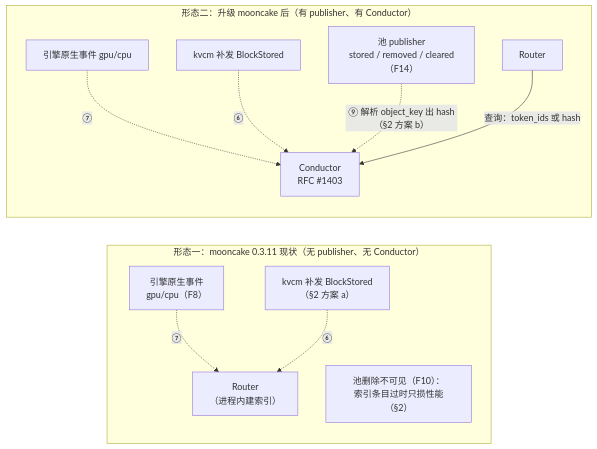
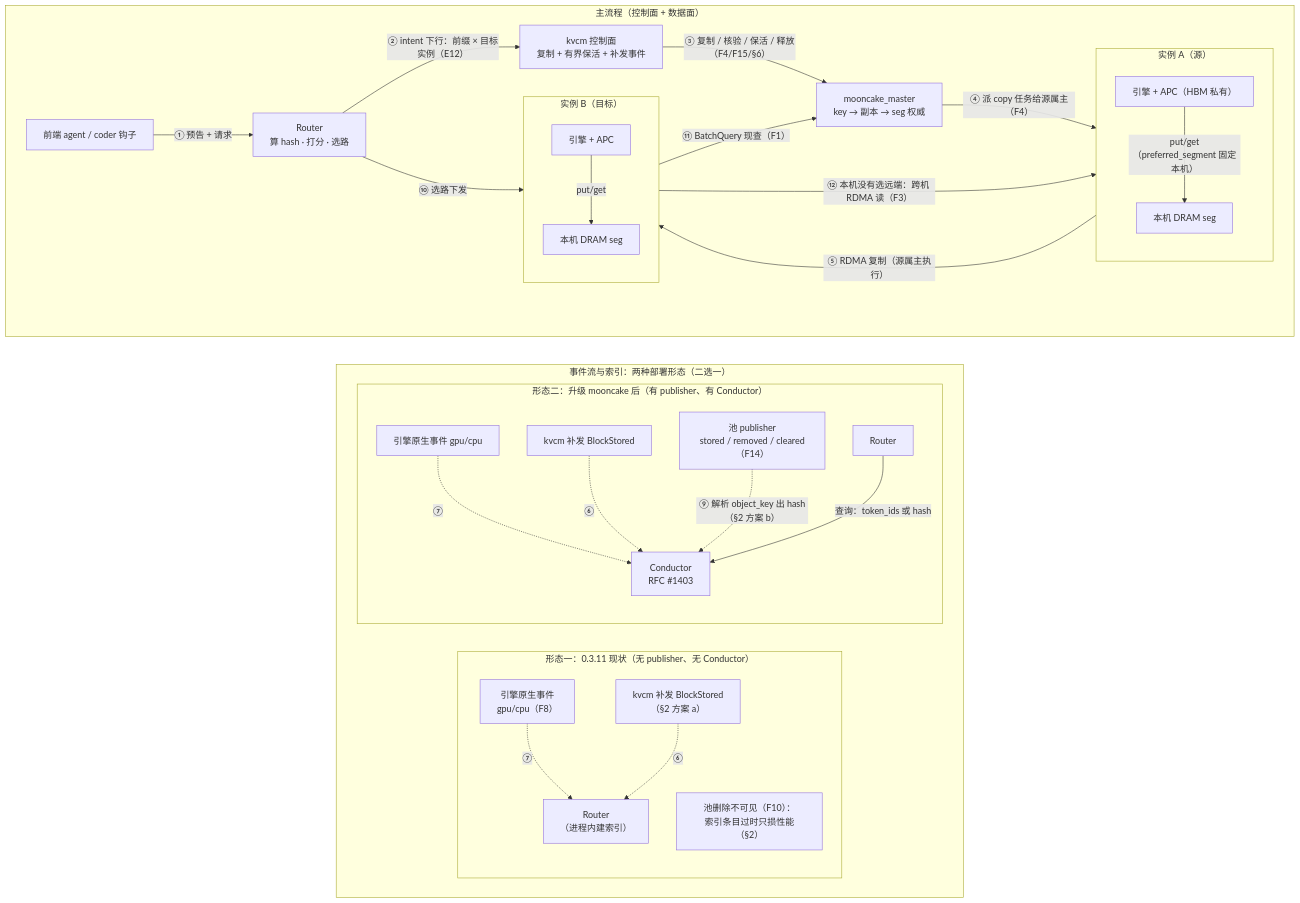
The second of 3 diagrams in kvcm/D1-router-scheduling.md (5x8-40/lake), drawn with Mermaid before and after one commit. The commit also changed other lines of this file and 2 other files, not shown here.

Commit message:
docs(kvcm): kvcm 架构图合并为一张内联 mermaid，撤除 figures/ 抽离
主流程与事件流两种部署形态合并为一张图（上下两个区域），全部图内联于文档

````diff
--- a/kvcm/D1-router-scheduling.md
+++ b/kvcm/D1-router-scheduling.md
@@ -135,24 +128,55 @@
 ```mermaid
-flowchart LR
-    subgraph NOW["形态一：mooncake 0.3.11 现状（无 publisher、无 Conductor）"]
-        direction TB
-        E1["引擎原生事件<br/>gpu/cpu（F8）"]
-        K1["kvcm 补发 BlockStored<br/>（§2 方案 a）"]
-        R1["Router<br/>（进程内建索引）"]
-        N1["池删除不可见（F10）：<br/>索引条目过时只损性能（§2）"]
-        E1 -.->|"⑦"| R1
-        K1 -.->|"⑥"| R1
+flowchart TB
+    subgraph MAIN["主流程（控制面 + 数据面）"]
+        AG["前端 agent / coder 钩子"]
+        RT["Router<br/>算 hash · 打分 · 选路"]
+        KV["kvcm 控制面<br/>复制 + 有界保活 + 补发事件"]
+        M["mooncake_master<br/>key → 副本 → seg 权威"]
+        subgraph A["实例 A（源）"]
+            direction TB
+            EA["引擎 + APC（HBM 私有）"]
+            SA["本机 DRAM seg"]
+        end
+        subgraph B["实例 B（目标）"]
+            direction TB
+            EB["引擎 + APC"]
+            SB["本机 DRAM seg"]
+        end
+        AG -->|"① 预告 + 请求"| RT
+        RT -->|"② intent 下行：前缀 × 目标实例（E12）"| KV
+        KV -->|"③ 复制 / 核验 / 保活 / 释放（F4/F15/§6）"| M
+        M -->|"④ 派 copy 任务给源属主（F4）"| EA
+        M ~~~ EB
+        EA -->|"put/get（preferred_segment 固定本机）"| SA
+        EB -->|"put/get"| SB
+        SA -->|"⑤ RDMA 复制（源属主执行）"| SB
+        RT -->|"⑩ 选路下发"| EB
+        EB -->|"⑪ BatchQuery 现查（F1）"| M
+        EB -->|"⑫ 本机没有选远端：跨机 RDMA 读（F3）"| SA
     end
-    subgraph NEW["形态二：升级 mooncake 后（有 publisher、有 Conductor）"]
-        direction TB
-        E2["引擎原生事件 gpu/cpu"]
-        K2["kvcm 补发 BlockStored"]
-        P2["池 publisher<br/>stored / removed / cleared（F14）"]
-        C2["Conductor<br/>RFC #1403"]
-        R2["Router"]
-        E2 -.->|"⑦"| C2
-        K2 -.->|"⑥"| C2
-        P2 -.->|"⑨ 解析 object_key 出 hash（§2 方案 b）"| C2
-        R2 -->|"查询：token_ids 或 hash"| C2
+    subgraph FORMS["事件流与索引：两种部署形态（二选一）"]
+        direction LR
+        subgraph NOW["形态一：0.3.11 现状（无 publisher、无 Conductor）"]
+            direction TB
+            E1["引擎原生事件<br/>gpu/cpu（F8）"]
+            K1["kvcm 补发 BlockStored<br/>（§2 方案 a）"]
+            R1["Router<br/>（进程内建索引）"]
+            N1["池删除不可见（F10）：<br/>索引条目过时只损性能（§2）"]
+            E1 -.->|"⑦"| R1
+            K1 -.->|"⑥"| R1
+        end
+        subgraph NEW["形态二：升级 mooncake 后（有 publisher、有 Conductor）"]
+            direction TB
+            E2["引擎原生事件 gpu/cpu"]
+            K2["kvcm 补发 BlockStored"]
+            P2["池 publisher<br/>stored / removed / cleared（F14）"]
+            C2["Conductor<br/>RFC #1403"]
+            R2["Router"]
+            E2 -.->|"⑦"| C2
+            K2 -.->|"⑥"| C2
+            P2 -.->|"⑨ 解析 object_key 出 hash（§2 方案 b）"| C2
+            R2 -->|"查询：token_ids 或 hash"| C2
+        end
     end
+    MAIN ~~~ FORMS
 ```
````
